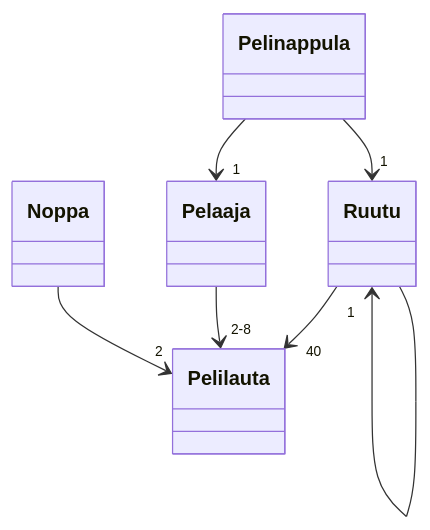
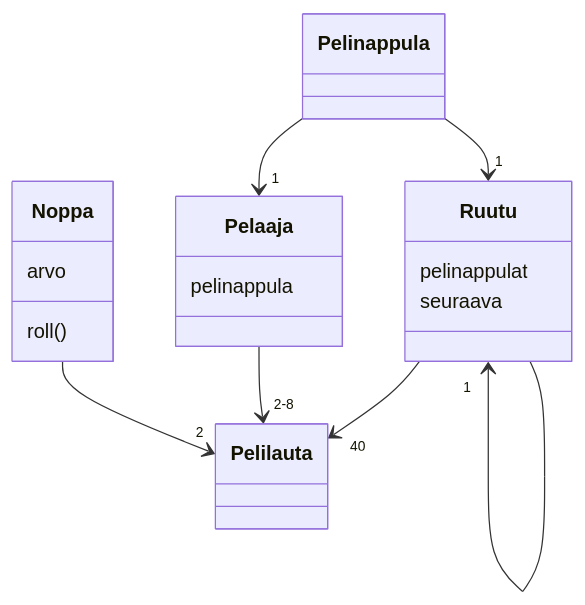
One commit to LaihoE/ot-harjoitustyo changed the diagram in laskarit/viikko3/Tehtava1Monopoli.md. Above: the diagram before and after it, drawn with Mermaid.

Commit message:
t1jatkuu

````diff
--- a/laskarit/viikko3/Tehtava1Monopoli.md
+++ b/laskarit/viikko3/Tehtava1Monopoli.md
@@ -1,22 +1,25 @@
 ```mermaid
   classDiagram
     Ruutu  --> "40" Pelilauta
     Pelaaja --> "2-8" Pelilauta
     Pelinappula --> "1" Ruutu
     Pelinappula --> "1" Pelaaja
     Ruutu  --> "1" Ruutu
     Noppa --> "2" Pelilauta
 
     class Pelilauta{
     }
     class Pelaaja{
+        pelinappula
     }
     class Noppa{
-
+        arvo
+        roll()
     }
     class Ruutu{
-
+        pelinappulat
+        seuraava
     }
     class Pelinappula{
     }
 ```
````
